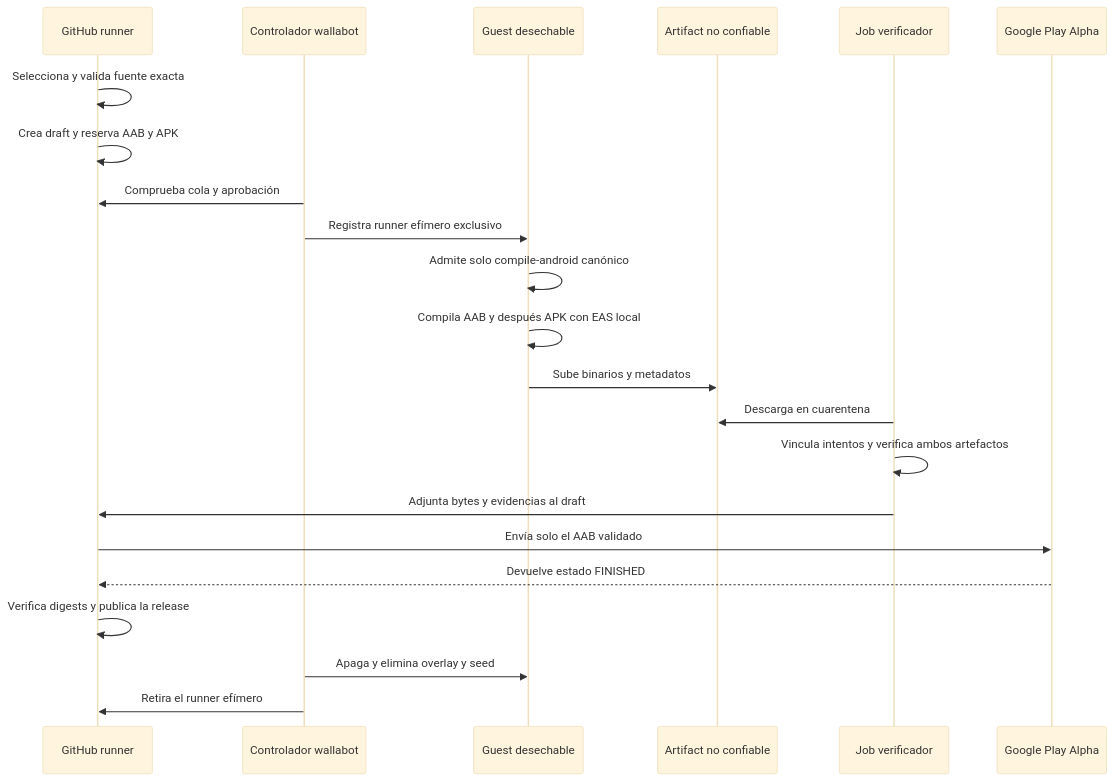
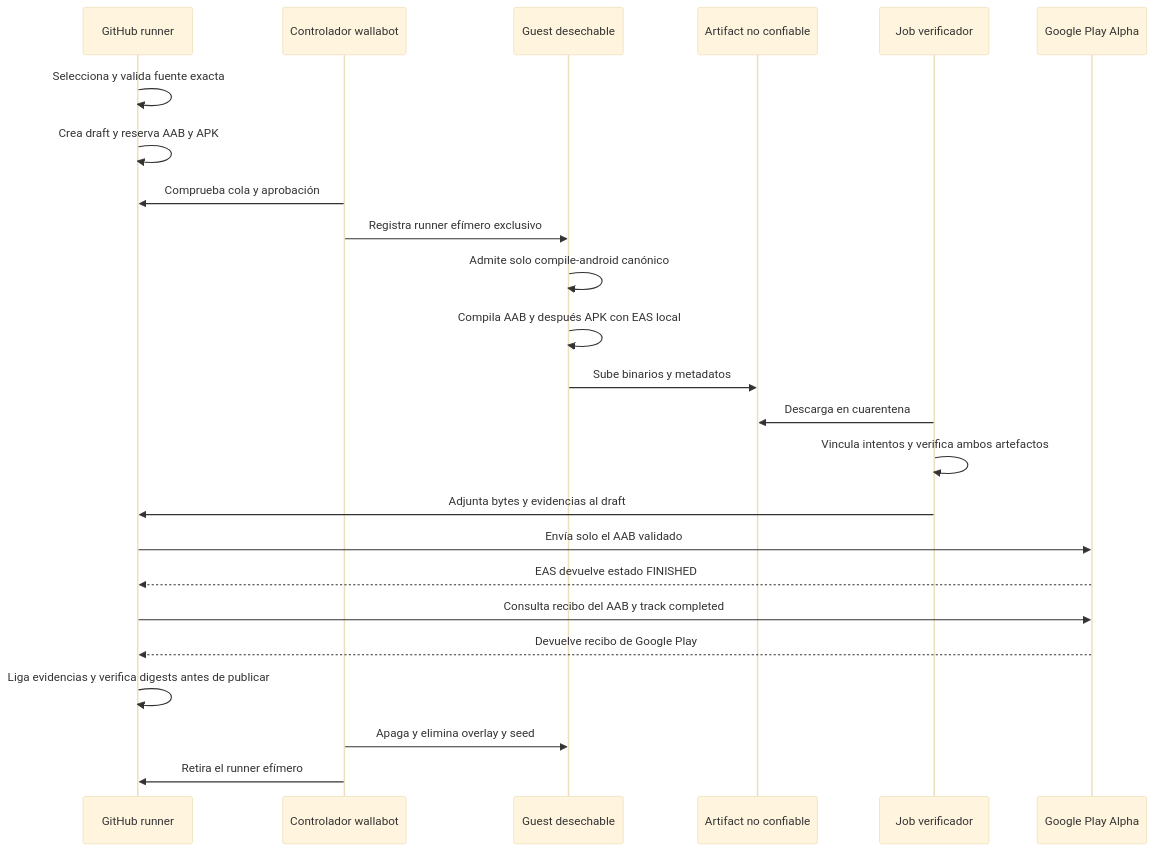
Before and after one commit to maximofn/gymnasia: the fourth of 5 diagrams in openwiki/operations/build-release-and-testing.md, drawn with Mermaid (base theme). The commit also changed other lines of this file and 12 other files, not shown here.

````diff
--- a/openwiki/operations/build-release-and-testing.md
+++ b/openwiki/operations/build-release-and-testing.md
@@ -282,24 +280,26 @@
 ```mermaid
 sequenceDiagram
     participant GH as GitHub runner
     participant HC as Controlador wallabot
     participant VM as Guest desechable
     participant UA as Artifact no confiable
     participant VJ as Job verificador
     participant PI as Google Play Alpha
     GH->>GH: Selecciona y valida fuente exacta
     GH->>GH: Crea draft y reserva AAB y APK
     HC->>GH: Comprueba cola y aprobación
     HC->>VM: Registra runner efímero exclusivo
     VM->>VM: Admite solo compile-android canónico
     VM->>VM: Compila AAB y después APK con EAS local
     VM->>UA: Sube binarios y metadatos
     VJ->>UA: Descarga en cuarentena
     VJ->>VJ: Vincula intentos y verifica ambos artefactos
     VJ->>GH: Adjunta bytes y evidencias al draft
     GH->>PI: Envía solo el AAB validado
-    PI-->>GH: Devuelve estado FINISHED
-    GH->>GH: Verifica digests y publica la release
+    PI-->>GH: EAS devuelve estado FINISHED
+    GH->>PI: Consulta recibo del AAB y track completed
+    PI-->>GH: Devuelve recibo de Google Play
+    GH->>GH: Liga evidencias y verifica digests antes de publicar
     HC->>VM: Apaga y elimina overlay y seed
     HC->>GH: Retira el runner efímero
 ```
````
